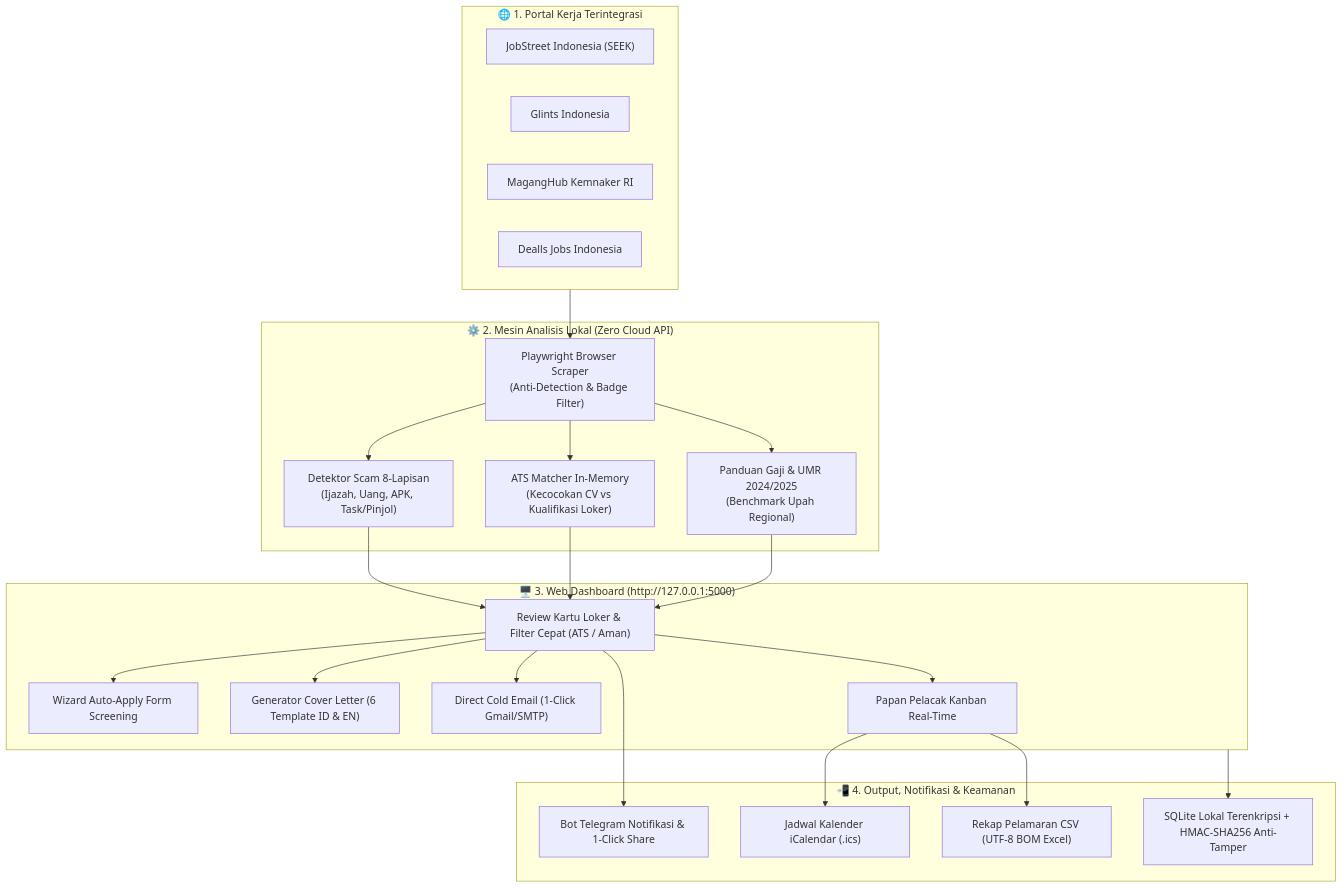
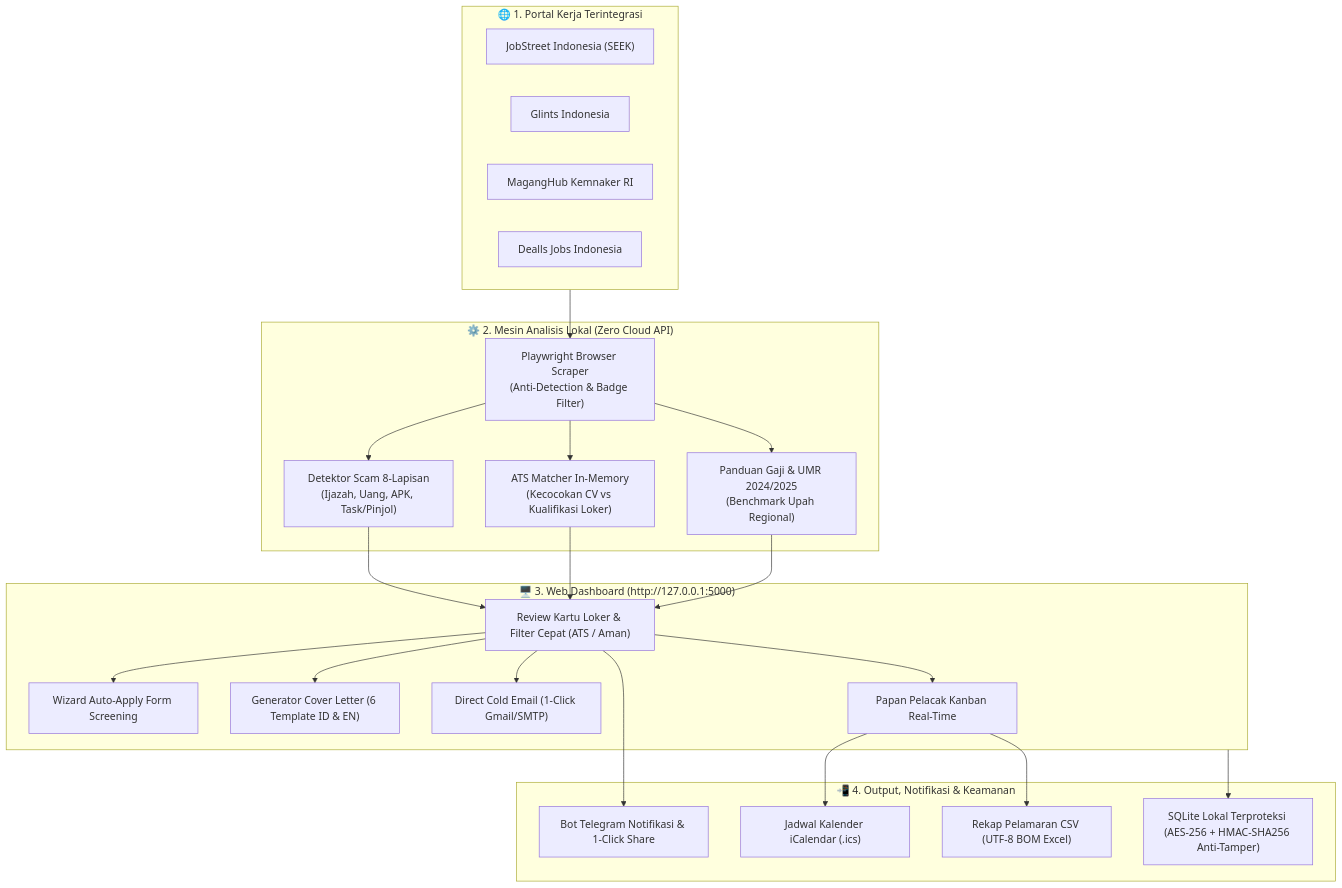
Before and after one commit to XT32/job-hunter-copilot: the diagram in README.md, drawn with Mermaid. The commit also changed other lines of this file and 5 other files, not shown here.

````diff
--- a/README.md
+++ b/README.md
@@ -58,47 +58,47 @@
 ```mermaid
 flowchart TD
     subgraph Portals ["🌐 1. Portal Kerja Terintegrasi"]
         P1["JobStreet Indonesia (SEEK)"]
         P2["Glints Indonesia"]
         P3["MagangHub Kemnaker RI"]
         P4["Dealls Jobs Indonesia"]
     end
 
     subgraph Engine ["⚙️ 2. Mesin Analisis Lokal (Zero Cloud API)"]
         SCRAPER["Playwright Browser Scraper\n(Anti-Detection & Badge Filter)"]
         SCAM["Detektor Scam 8-Lapisan\n(Ijazah, Uang, APK, Task/Pinjol)"]
         ATS["ATS Matcher In-Memory\n(Kecocokan CV vs Kualifikasi Loker)"]
         SAL["Panduan Gaji & UMR 2024/2025\n(Benchmark Upah Regional)"]
     end
 
     subgraph Dashboard ["🖥️ 3. Web Dashboard (http://127.0.0.1:5000)"]
         UI["Review Kartu Loker & Filter Cepat (ATS / Aman)"]
         AUTO["Wizard Auto-Apply Form Screening"]
         CL["Generator Cover Letter (6 Template ID & EN)"]
         EMAIL["Direct Cold Email (1-Click Gmail/SMTP)"]
         KANBAN["Papan Pelacak Kanban Real-Time"]
     end
 
     subgraph Integrations ["📲 4. Output, Notifikasi & Keamanan"]
         TG["Bot Telegram Notifikasi & 1-Click Share"]
         ICS["Jadwal Kalender iCalendar (.ics)"]
         CSV["Rekap Pelamaran CSV (UTF-8 BOM Excel)"]
-        SEC["SQLite Lokal Terenkripsi + HMAC-SHA256 Anti-Tamper"]
+        SEC["SQLite Lokal Terproteksi (AES-256 + HMAC-SHA256 Anti-Tamper)"]
     end
 
     Portals --> SCRAPER
     SCRAPER --> SCAM
     SCRAPER --> ATS
     SCRAPER --> SAL
     SCAM --> UI
     ATS --> UI
     SAL --> UI
     UI --> AUTO
     UI --> CL
     UI --> EMAIL
     UI --> KANBAN
     UI --> TG
     KANBAN --> ICS
     KANBAN --> CSV
     Dashboard --> SEC
 ```
````
